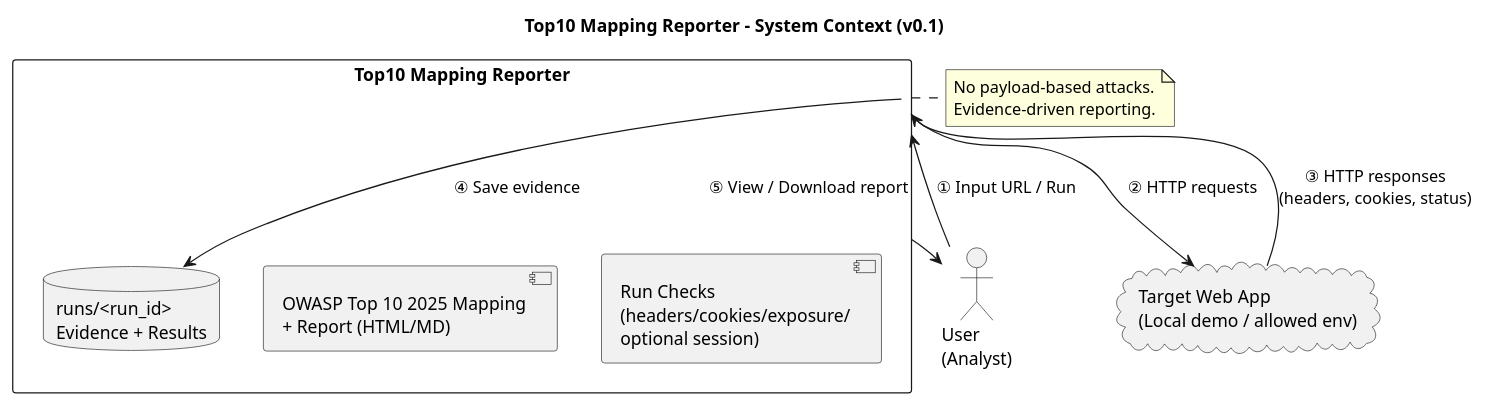
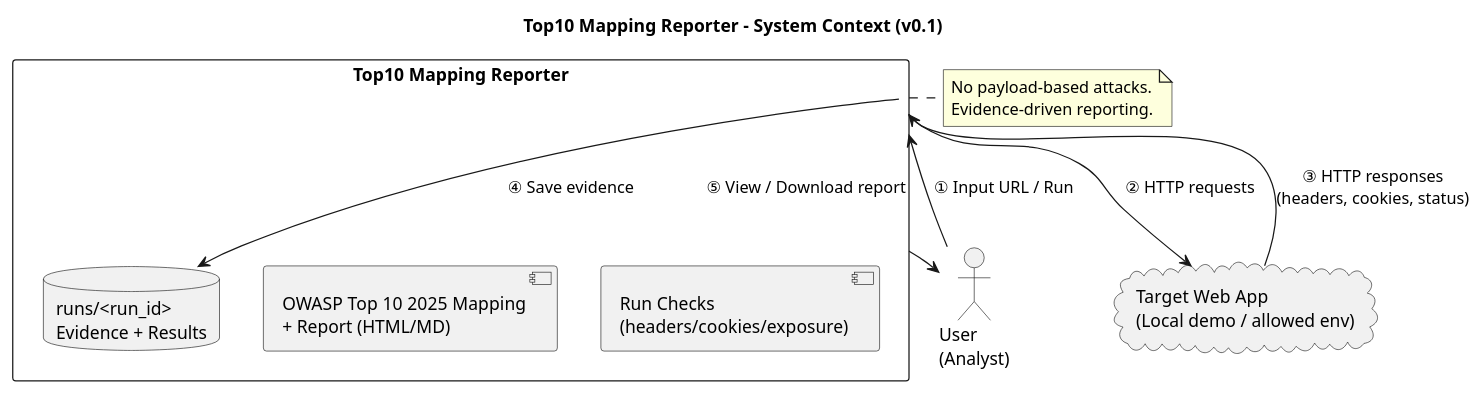
Before and after one commit to O-SQZ/Top10-Mapping-Reporter: the diagram in docs/diagrams/context/v0.1/context_en_v0.1.puml, drawn with PlantUML. The commit also changed 14 other files, not shown here.

```diff
--- a/docs/diagrams/context/v0.1/context_en_v0.1.puml
+++ b/docs/diagrams/context/v0.1/context_en_v0.1.puml
@@ -1,24 +1,24 @@
 @startuml
 title Top10 Mapping Reporter - System Context (v0.1)
 
 actor "User\n(Analyst)" as U
 cloud "Target Web App\n(Local demo / allowed env)" as T
 
 rectangle "Top10 Mapping Reporter" as R {
-  component "Run Checks\n(headers/cookies/exposure/\noptional session)" as C
+  component "Run Checks\n(headers/cookies/exposure)" as C
   component "OWASP Top 10 2025 Mapping\n+ Report (HTML/MD)" as P
   database "runs/<run_id>\nEvidence + Results" as FS
 }
 
 U --> R : ① Input URL / Run
 R --> T : ② HTTP requests
 T --> R : ③ HTTP responses\n(headers, cookies, status)
 R --> FS : ④ Save evidence
 R --> U : ⑤ View / Download report
 
 note right of R
 No payload-based attacks.
 Evidence-driven reporting.
 end note
 
 @enduml
```
